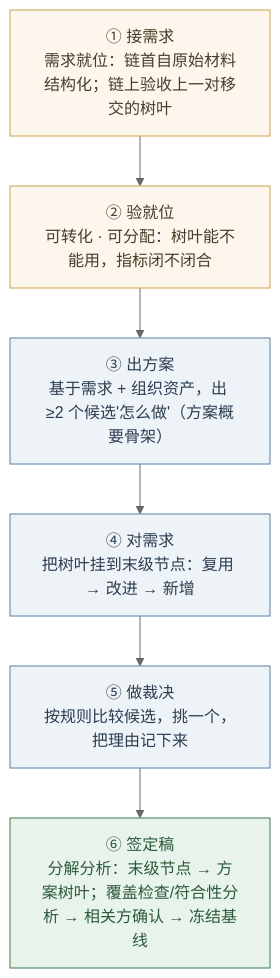
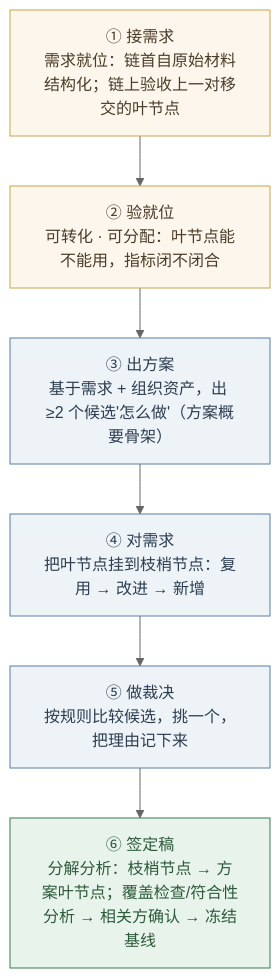
The fourth of 5 diagrams in 50-research/03-架构师是个怎样的物种/06-第6章-设计开发落地-需求与方案结对.md (Yongjunzhou/AOS-system-design), drawn with Mermaid (neutral theme) before and after one commit. The commit also changed other lines of this file, not shown here.

````diff
--- a/50-research/03-架构师是个怎样的物种/06-第6章-设计开发落地-需求与方案结对.md
+++ b/50-research/03-架构师是个怎样的物种/06-第6章-设计开发落地-需求与方案结对.md
@@ -897,16 +897,16 @@
 ```mermaid
 flowchart TB
-    A["① 接需求<br/>需求就位：链首自原始材料结构化；链上验收上一对移交的树叶"]
-    B["② 验就位<br/>可转化 · 可分配：树叶能不能用，指标闭不闭合"]
+    A["① 接需求<br/>需求就位：链首自原始材料结构化；链上验收上一对移交的叶节点"]
+    B["② 验就位<br/>可转化 · 可分配：叶节点能不能用，指标闭不闭合"]
     C["③ 出方案<br/>基于需求 + 组织资产，出 ≥2 个候选'怎么做'（方案概要骨架）"]
-    D["④ 对需求<br/>把树叶挂到末级节点：复用 → 改进 → 新增"]
+    D["④ 对需求<br/>把叶节点挂到枝梢节点：复用 → 改进 → 新增"]
     E["⑤ 做裁决<br/>按规则比较候选，挑一个，把理由记下来"]
-    F["⑥ 签定稿<br/>分解分析：末级节点 → 方案树叶；覆盖检查/符合性分析 → 相关方确认 → 冻结基线"]
+    F["⑥ 签定稿<br/>分解分析：枝梢节点 → 方案叶节点；覆盖检查/符合性分析 → 相关方确认 → 冻结基线"]
     A --> B --> C --> D --> E --> F
     classDef req fill:#fdf6ec,stroke:#c9a44a,color:#4a3c28;
     classDef sol fill:#eef3f8,stroke:#5b7fa6,color:#2c3e50;
     classDef fin fill:#e8f3ec,stroke:#3d7a4f,color:#2c5a3a;
     class A,B req;
     class C,D,E sol;
     class F fin;
 ```
````
